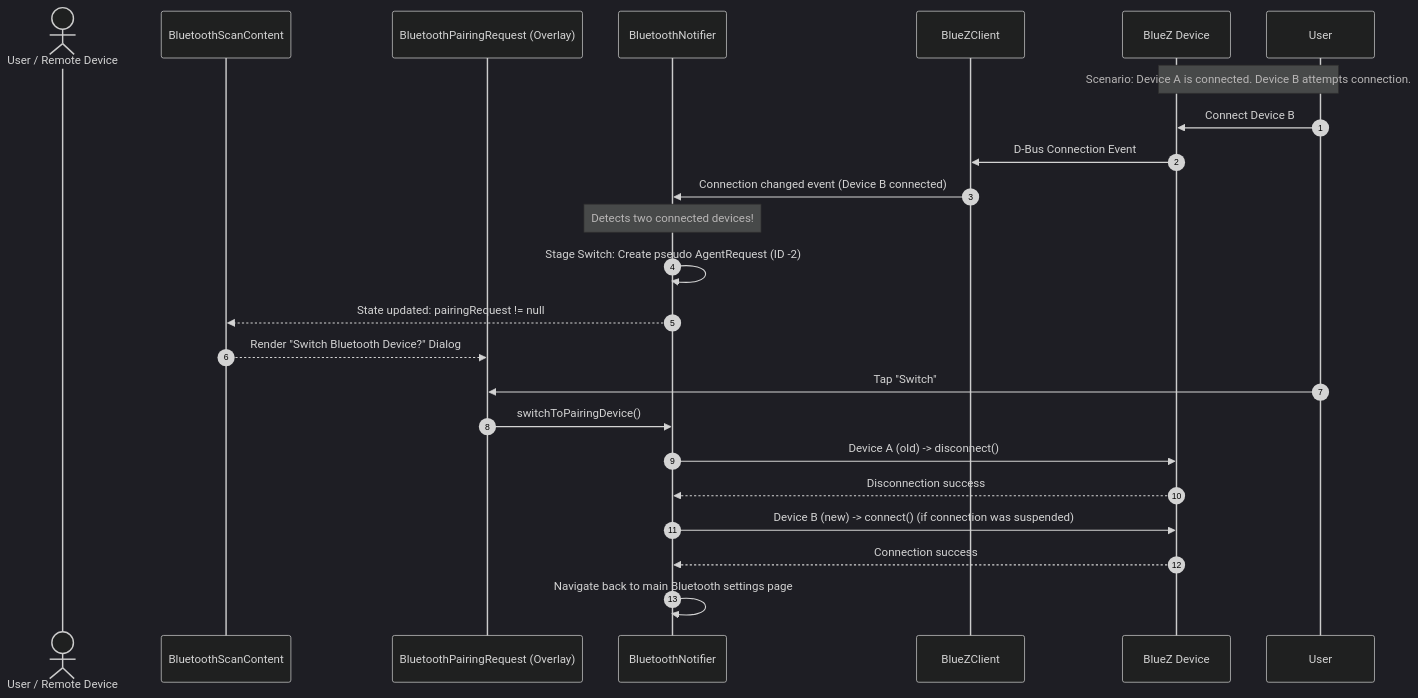
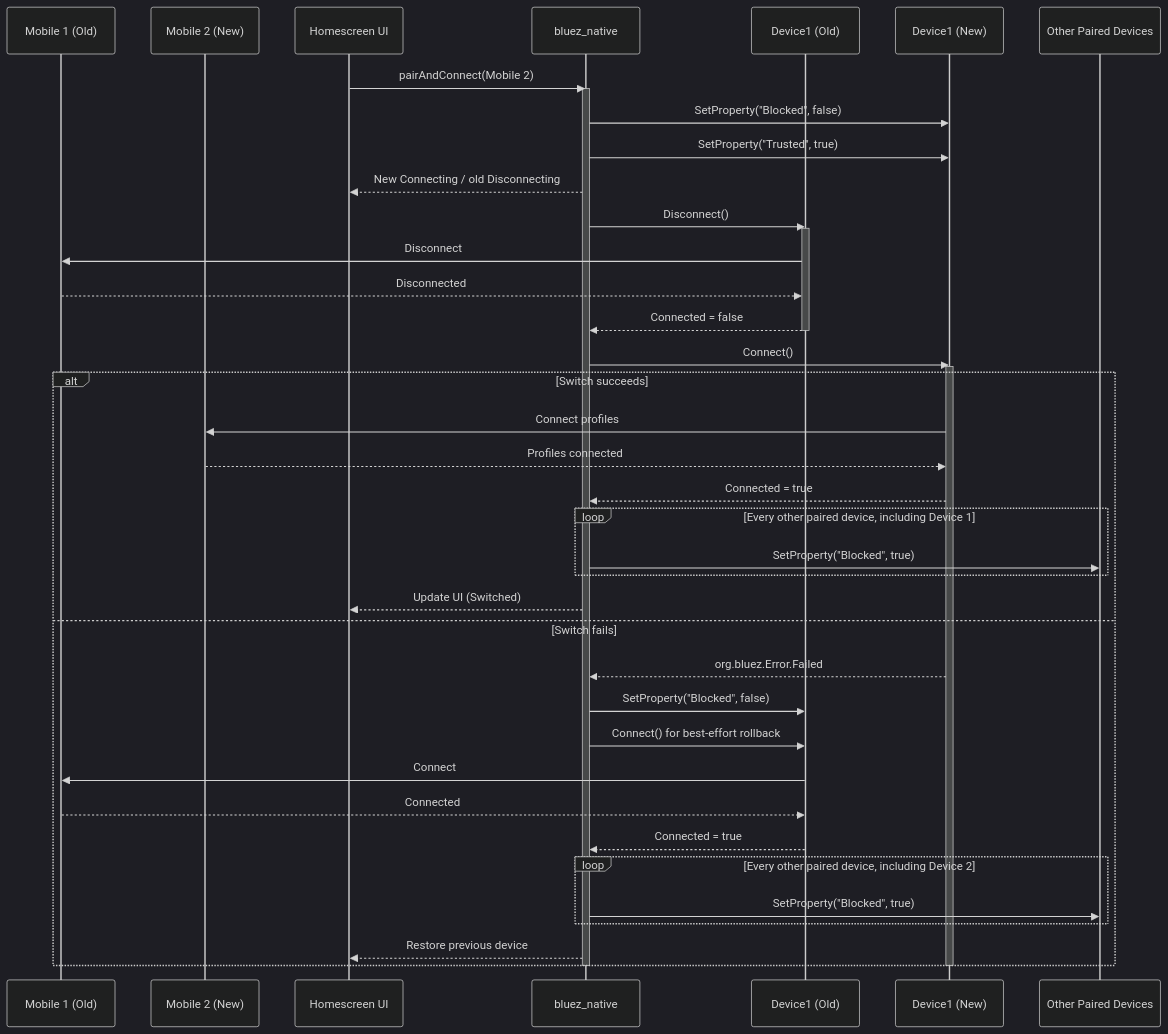
One commit to jaydon2020/agl-bluetooth-integration-gsoc26 changed the seventh of 7 diagrams in docs/content/guide/bluetooth-settings.md. Above: the diagram before and after it, drawn with Mermaid (dark theme). The commit also changed other lines of this file, not shown here.

Commit message:
docs: update Bluetooth Settings Module

```diff
--- a/docs/content/guide/bluetooth-settings.md
+++ b/docs/content/guide/bluetooth-settings.md
@@ -263,27 +263,47 @@
 <pre class="mermaid">
 sequenceDiagram
-    autonumber
-    actor User / Remote Device
-    participant Page as BluetoothScanContent
-    participant PR as BluetoothPairingRequest (Overlay)
-    participant N as BluetoothNotifier
-    participant BC as BlueZClient
-    participant D as BlueZ Device
+    participant M1 as Mobile 1 (Old)
+    participant M2 as Mobile 2 (New)
+    participant UI as Homescreen UI
+    participant BN as bluez_native
+    participant D1 as Device1 (Old)
+    participant D2 as Device1 (New)
+    participant O as Other Paired Devices
 
-    Note over User, D: Scenario: Device A is connected. Device B attempts connection.
-    
-    User->>D: Connect Device B
-    D->>BC: D-Bus Connection Event
-    BC->>N: Connection changed event (Device B connected)
-    Note over N: Detects two connected devices!
-    N->>N: Stage Switch: Create pseudo AgentRequest (ID -2)
-    N-->>Page: State updated: pairingRequest != null
-    Page-->>PR: Render "Switch Bluetooth Device?" Dialog
-    User->>PR: Tap "Switch"
-    PR->>N: switchToPairingDevice()
-    N->>D: Device A (old) -> disconnect()
-    D-->>N: Disconnection success
-    N->>D: Device B (new) -> connect() (if connection was suspended)
-    D-->>N: Connection success
-    N->>N: Navigate back to main Bluetooth settings page
+    UI->>BN: pairAndConnect(Mobile 2)
+    activate BN
+    BN->>D2: SetProperty("Blocked", false)
+    BN->>D2: SetProperty("Trusted", true)
+    BN-->>UI: New Connecting / old Disconnecting
+    BN->>D1: Disconnect()
+    activate D1
+    D1->>M1: Disconnect
+    M1-->>D1: Disconnected
+    D1-->>BN: Connected = false
+    deactivate D1
+
+    BN->>D2: Connect()
+    activate D2
+    alt Switch succeeds
+        D2->>M2: Connect profiles
+        M2-->>D2: Profiles connected
+        D2-->>BN: Connected = true
+        loop Every other paired device, including Device 1
+            BN->>O: SetProperty("Blocked", true)
+        end
+        BN-->>UI: Update UI (Switched)
+    else Switch fails
+        D2-->>BN: org.bluez.Error.Failed
+        BN->>D1: SetProperty("Blocked", false)
+        BN->>D1: Connect() for best-effort rollback
+        D1->>M1: Connect
+        M1-->>D1: Connected
+        D1-->>BN: Connected = true
+        loop Every other paired device, including Device 2
+            BN->>O: SetProperty("Blocked", true)
+        end
+        BN-->>UI: Restore previous device
+    end
+    deactivate D2
+    deactivate BN
 </pre>
```
